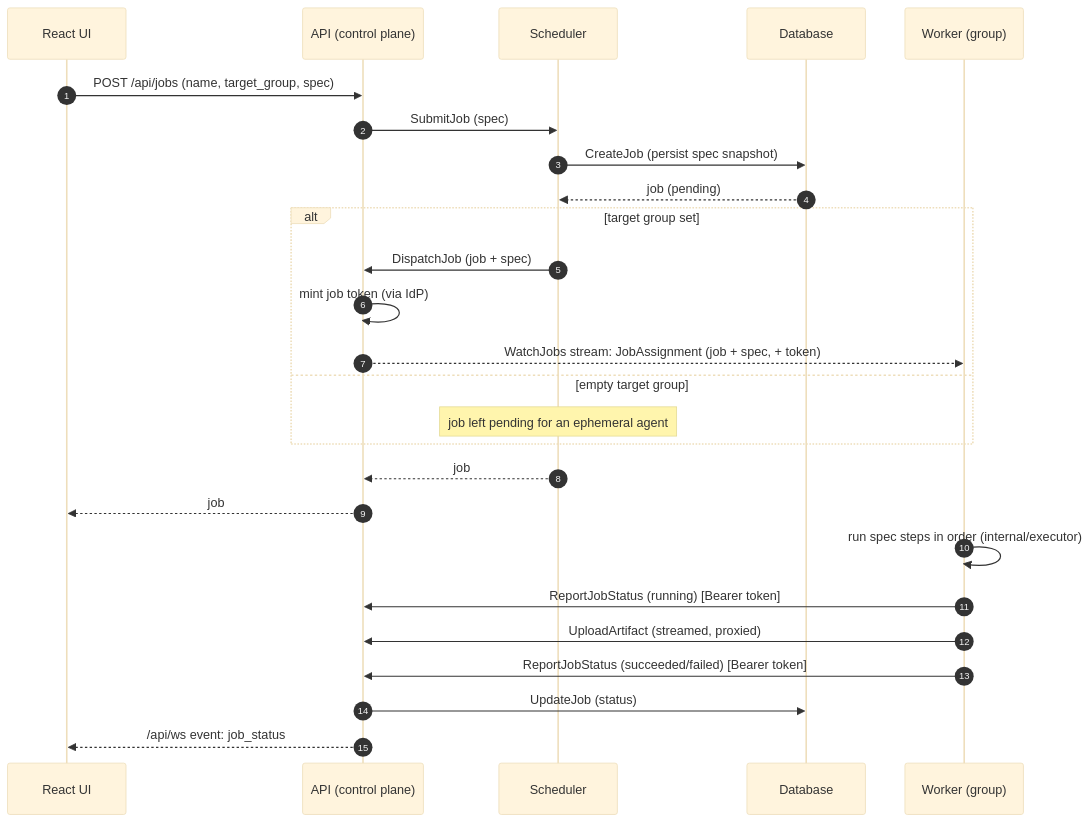
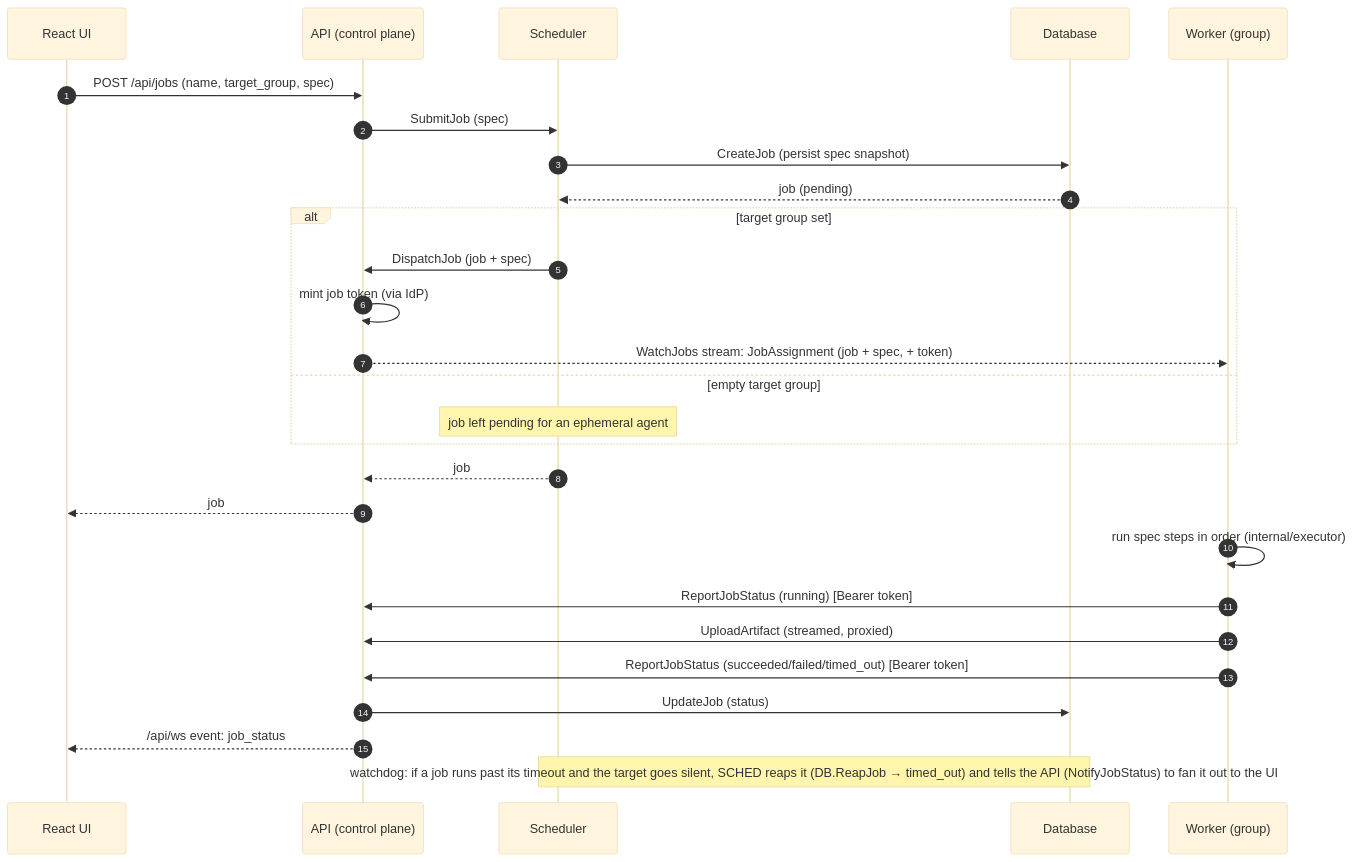
One commit to EdwardCooke/cdrom changed the fifth of 10 diagrams in docs/Architecture.md. Above: the diagram before and after it, drawn with Mermaid (base theme). The commit also changed other lines of this file and 26 other files, not shown here.

````diff
--- a/docs/Architecture.md
+++ b/docs/Architecture.md
@@ -330,30 +342,31 @@
 ```mermaid
 sequenceDiagram
     autonumber
     participant UI as React UI
     participant API as API (control plane)
     participant SCHED as Scheduler
     participant DB as Database
     participant W as Worker (group)
 
     UI->>API: POST /api/jobs (name, target_group, spec)
     API->>SCHED: SubmitJob (spec)
     SCHED->>DB: CreateJob (persist spec snapshot)
     DB-->>SCHED: job (pending)
     alt target group set
         SCHED->>API: DispatchJob (job + spec)
         API->>API: mint job token (via IdP)
         API-->>W: WatchJobs stream: JobAssignment (job + spec, + token)
     else empty target group
         Note over SCHED: job left pending for an ephemeral agent
     end
     SCHED-->>API: job
     API-->>UI: job
 
     W->>W: run spec steps in order (internal/executor)
     W->>API: ReportJobStatus (running) [Bearer token]
     W->>API: UploadArtifact (streamed, proxied)
-    W->>API: ReportJobStatus (succeeded/failed) [Bearer token]
+    W->>API: ReportJobStatus (succeeded/failed/timed_out) [Bearer token]
     API->>DB: UpdateJob (status)
     API-->>UI: /api/ws event: job_status
+    Note over SCHED,DB: watchdog: if a job runs past its timeout and the target goes silent, SCHED reaps it (DB.ReapJob → timed_out) and tells the API (NotifyJobStatus) to fan it out to the UI
 ```
````
